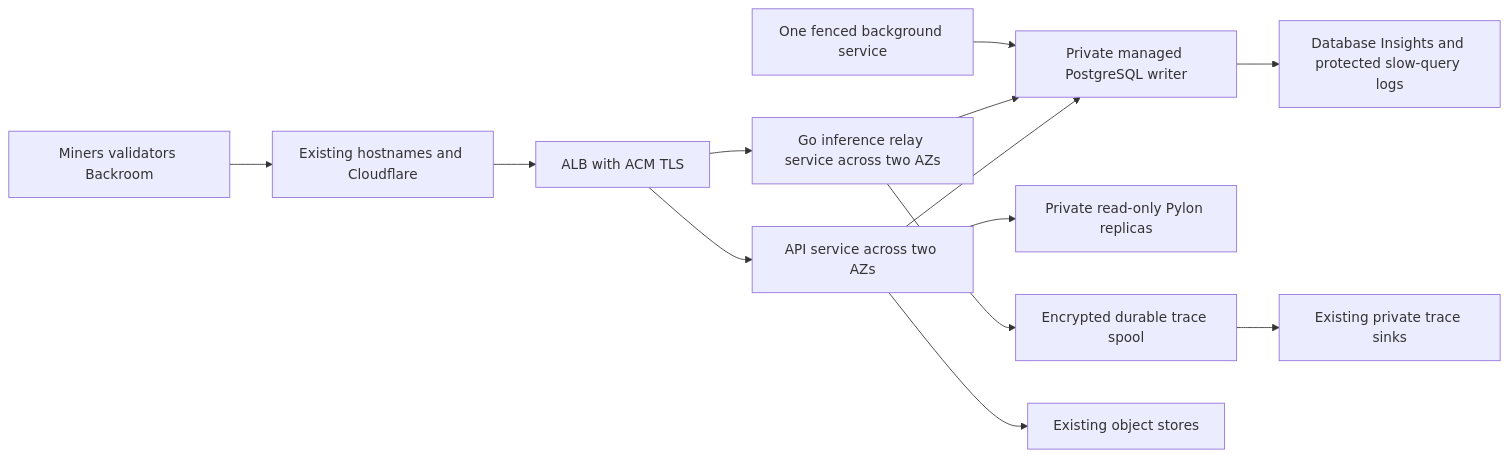
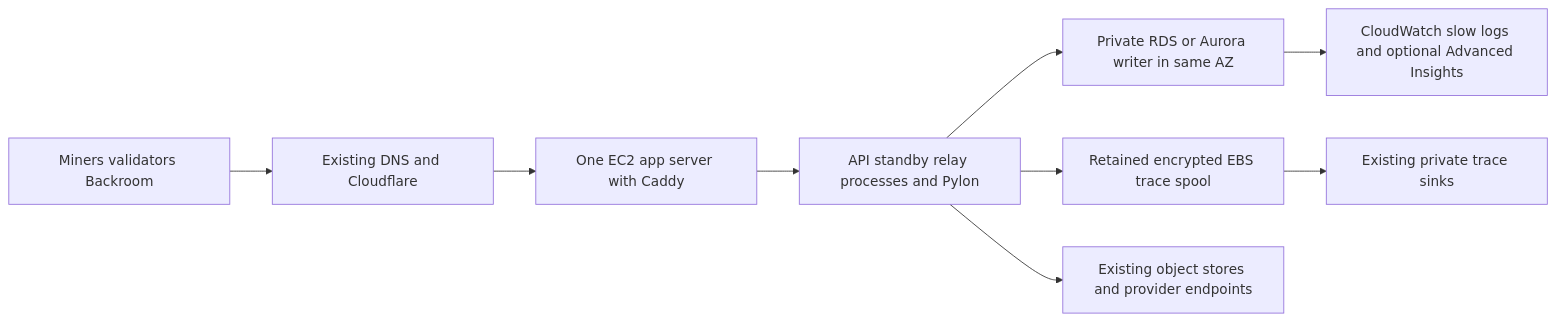
One commit to ditto-assistant/ditto-subnet changed the diagram in docs/aws-platform-migration/README.md. Above: the diagram before and after it, drawn with Mermaid. The commit also changed other lines of this file and 2 other files, not shown here.

Commit message:
docs(infra): price one app server with RDS and lean Aurora

````diff
--- a/docs/aws-platform-migration/README.md
+++ b/docs/aws-platform-migration/README.md
@@ -52,15 +19,11 @@
 ```mermaid
 flowchart LR
-  Clients[Miners validators Backroom] --> Edge[Existing hostnames and Cloudflare]
-  Edge --> ALB[ALB with ACM TLS]
-  ALB --> API[API service across two AZs]
-  ALB --> Relay[Go inference relay service across two AZs]
-  API --> DB[Private managed PostgreSQL writer]
-  Relay --> DB
-  Singleton[One fenced background service] --> DB
-  API --> Pylon[Private read-only Pylon replicas]
-  Relay --> Spool[Encrypted durable trace spool]
+  Clients[Miners validators Backroom] --> Edge[Existing DNS and Cloudflare]
+  Edge --> App[One EC2 app server with Caddy]
+  App --> API[API standby relay processes and Pylon]
+  API --> DB[Private RDS or Aurora writer in same AZ]
+  API --> Spool[Retained encrypted EBS trace spool]
   Spool --> Sinks[Existing private trace sinks]
-  API --> Objects[Existing object stores]
-  DB --> Observe[Database Insights and protected slow-query logs]
+  API --> Stores[Existing object stores and provider endpoints]
+  DB --> CW[CloudWatch slow logs and optional Advanced Insights]
 ```
````
